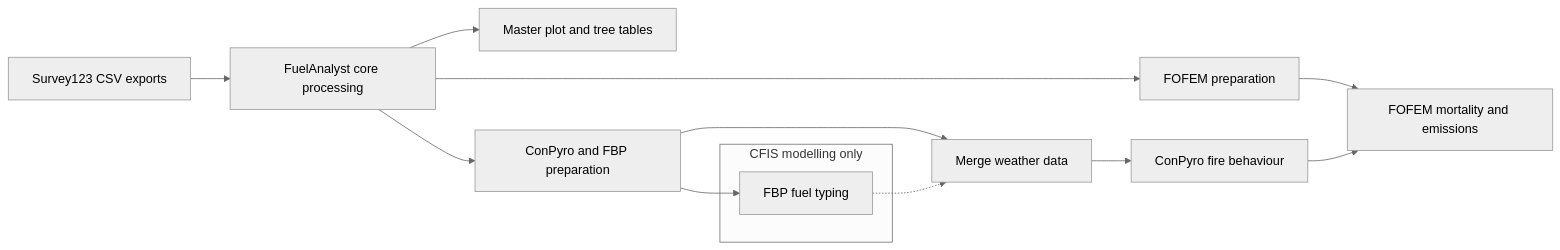
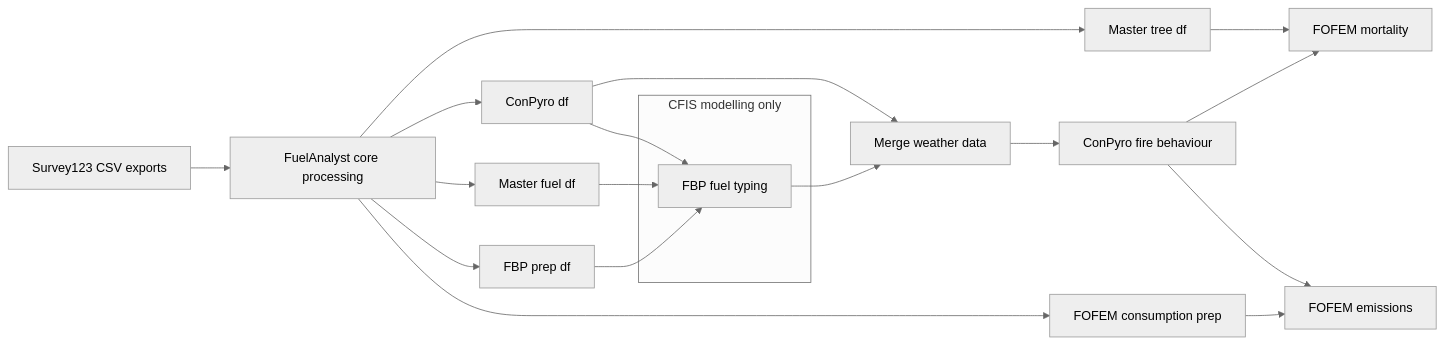
The diagram in README.md (gagreene/FuelAnalyst), drawn with Mermaid (neutral theme) before and after one commit.

Commit message:
docs: split master/ConPyro/FBP tables and fix FOFEM inputs in workflow diagram
Master fuel and master tree tables were shown as one combined node, and so
were ConPyro and FBP preparation. The FOFEM stage also showed a single
combined preparation feeding both mortality and emissions, which doesn't
match run_conpyro(): master tree table + ConPyro fire behaviour feed FOFEM
mortality directly, while the separate FOFEM consumption preparation table
+ ConPyro fire behaviour feed FOFEM emissions. Also adds the previously
missing master fuel table -> FBP fuel typing edge (a real input to
process_fbp_fuel_type() that the old diagram omitted).

````diff
--- a/README.md
+++ b/README.md
@@ -57,16 +57,22 @@
 ```mermaid
 flowchart LR
     A[Survey123 CSV exports] --> B[FuelAnalyst core processing]
-    B --> C[Master plot and tree tables]
-    B --> D[ConPyro and FBP preparation]
-    B --> E[FOFEM preparation]
+    B --> T[Master tree df]
+    B --> D[ConPyro df]
+    B --> C[Master fuel df]
+    B --> P[FBP prep df]
     D --> F
+    C --> F
+    P --> F
     subgraph CFIS["CFIS modelling only"]
         F[FBP fuel typing]
     end
     D --> G[Merge weather data]
-    F -.-> G
+    F --> G
     G --> H[ConPyro fire behaviour]
-    E --> I[FOFEM mortality and emissions]
-    H --> I
+    B --> E[FOFEM consumption prep]
+    T --> M[FOFEM mortality]
+    H --> M
+    H --> N
+    E --> N[FOFEM emissions]
 ```
````
